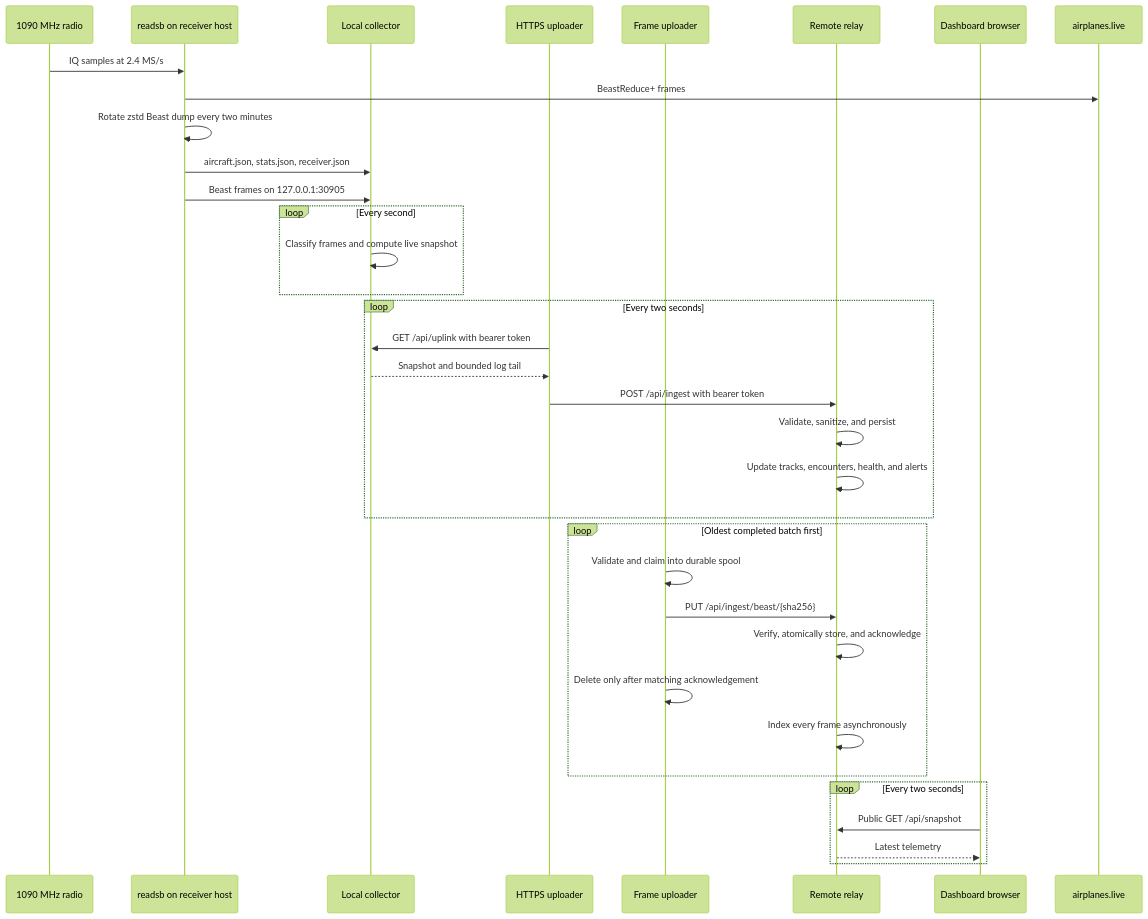
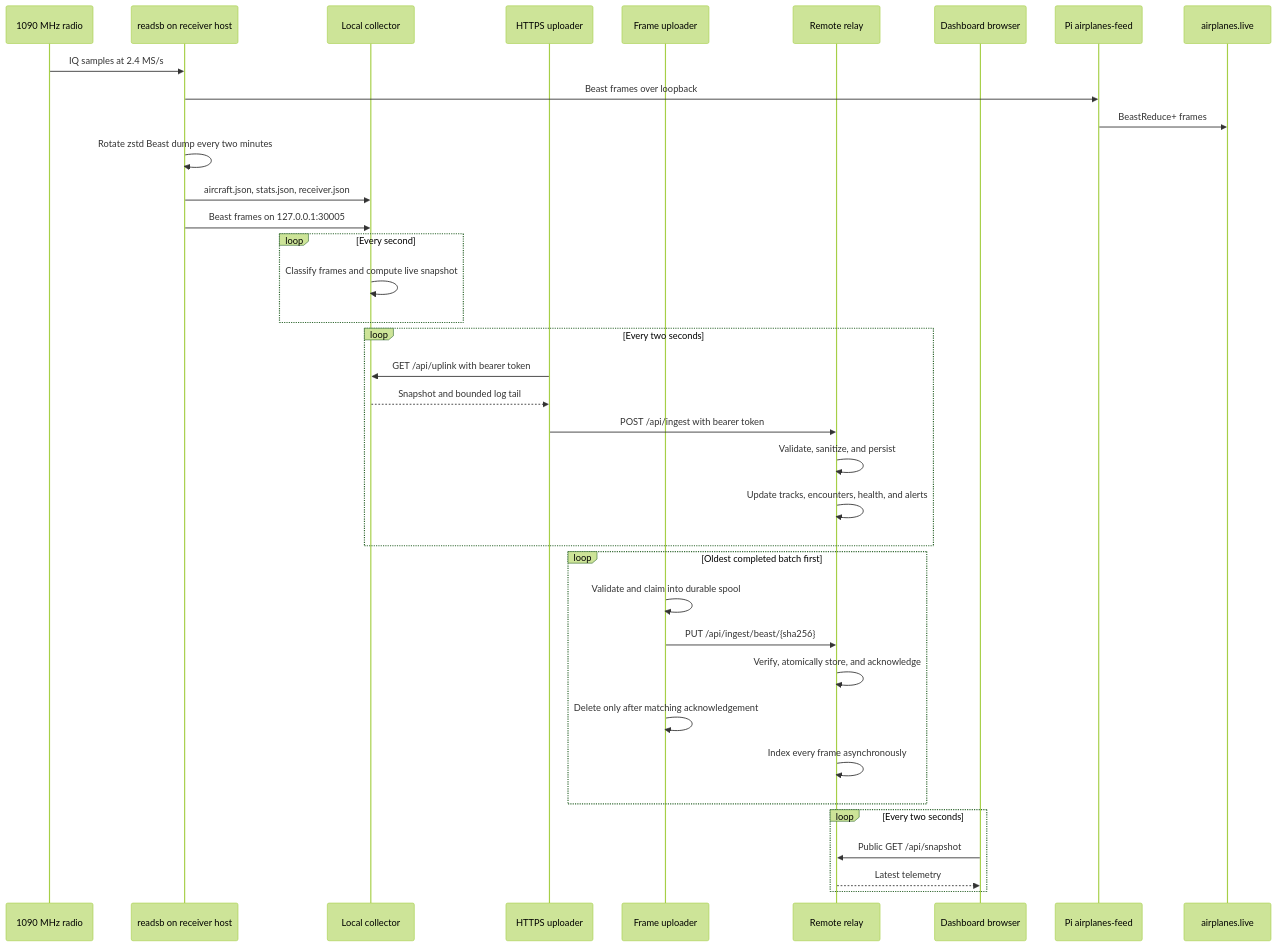
One commit to ramideltoro/antenna_observatory changed the first of 3 diagrams in wiki-site/docs/data-pipeline.md. Above: the diagram before and after it, drawn with Mermaid (forest theme). The commit also changed other lines of this file and 14 other files, not shown here.

````diff
--- a/wiki-site/docs/data-pipeline.md
+++ b/wiki-site/docs/data-pipeline.md
@@ -5,38 +5,40 @@
 ```mermaid
 sequenceDiagram
     participant Radio as 1090 MHz radio
     participant Readsb as readsb on receiver host
     participant Collector as Local collector
     participant Uploader as HTTPS uploader
     participant Frames as Frame uploader
     participant Relay as Remote relay
     participant Browser as Dashboard browser
+    participant Feed as Pi airplanes-feed
     participant AL as airplanes.live
 
     Radio->>Readsb: IQ samples at 2.4 MS/s
-    Readsb->>AL: BeastReduce+ frames
+    Readsb->>Feed: Beast frames over loopback
+    Feed->>AL: BeastReduce+ frames
     Readsb->>Readsb: Rotate zstd Beast dump every two minutes
     Readsb->>Collector: aircraft.json, stats.json, receiver.json
-    Readsb->>Collector: Beast frames on 127.0.0.1:30905
+    Readsb->>Collector: Beast frames on 127.0.0.1:30005
     loop Every second
       Collector->>Collector: Classify frames and compute live snapshot
     end
     loop Every two seconds
       Uploader->>Collector: GET /api/uplink with bearer token
       Collector-->>Uploader: Snapshot and bounded log tail
       Uploader->>Relay: POST /api/ingest with bearer token
       Relay->>Relay: Validate, sanitize, and persist
       Relay->>Relay: Update tracks, encounters, health, and alerts
     end
     loop Oldest completed batch first
       Frames->>Frames: Validate and claim into durable spool
       Frames->>Relay: PUT /api/ingest/beast/{sha256}
       Relay->>Relay: Verify, atomically store, and acknowledge
       Frames->>Frames: Delete only after matching acknowledgement
       Relay->>Relay: Index every frame asynchronously
     end
     loop Every two seconds
       Browser->>Relay: Public GET /api/snapshot
       Relay-->>Browser: Latest telemetry
     end
 ```
````
